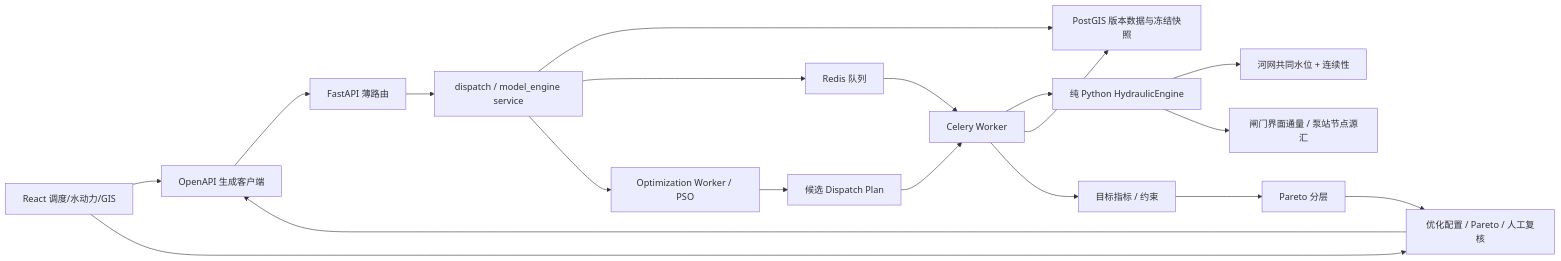
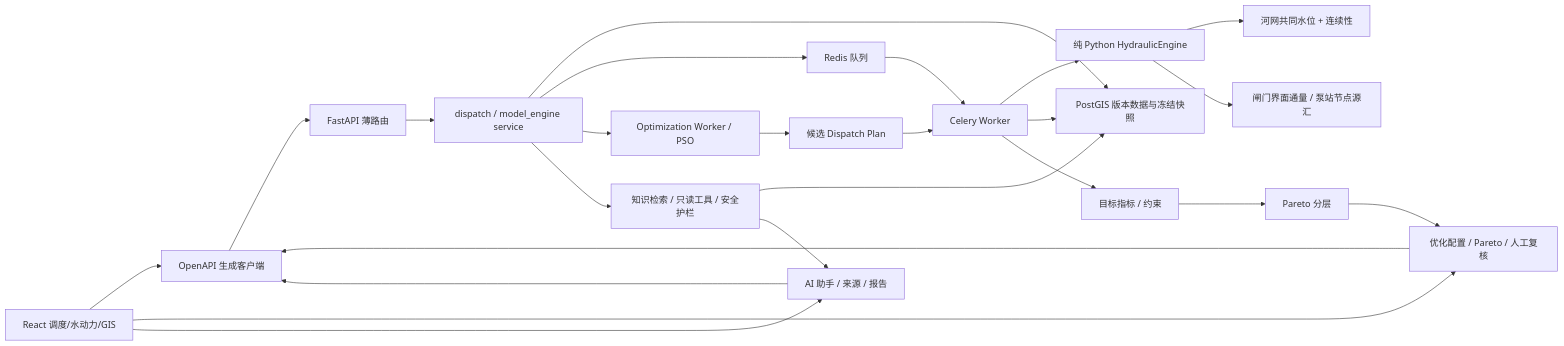
Before and after one commit to zj1310426307-stack/dayu-tiangong: the diagram in docs/architecture.md, drawn with Mermaid. The commit also changed other lines of this file and 52 other files, not shown here.

````diff
--- a/docs/architecture.md
+++ b/docs/architecture.md
@@ -5,21 +5,26 @@
 ```mermaid
 flowchart LR
   UI["React 调度/水动力/GIS"] --> C["OpenAPI 生成客户端"]
   C --> R["FastAPI 薄路由"]
   R --> S["dispatch / model_engine service"]
   S --> P["PostGIS 版本数据与冻结快照"]
   S --> Q["Redis 队列"]
   Q --> W["Celery Worker"]
   W --> E["纯 Python HydraulicEngine"]
   E --> N["河网共同水位 + 连续性"]
   E --> GP["闸门界面通量 / 泵站节点源汇"]
   W --> P
   UI --> O["优化配置 / Pareto / 人工复核"]
   O --> C
   S --> OW["Optimization Worker / PSO"]
   OW --> T["候选 Dispatch Plan"]
   T --> W
   W --> M["目标指标 / 约束"]
   M --> PF["Pareto 分层"]
   PF --> O
+  UI --> AI["AI 助手 / 来源 / 报告"]
+  AI --> C
+  S --> RAG["知识检索 / 只读工具 / 安全护栏"]
+  RAG --> P
+  RAG --> AI
 ```
````
